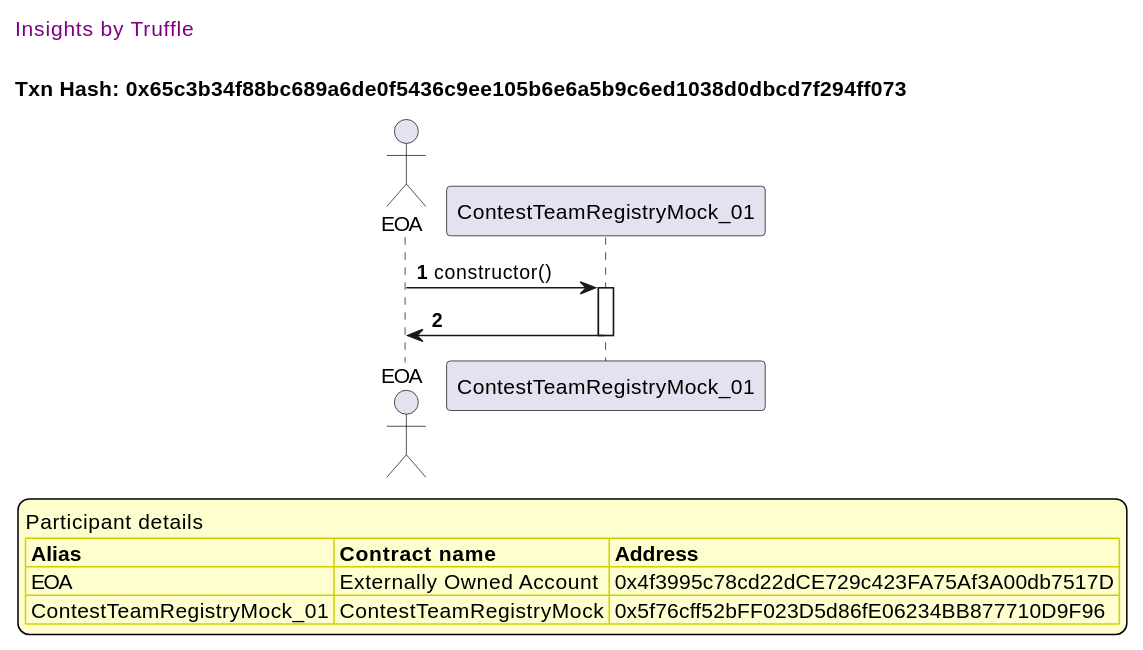
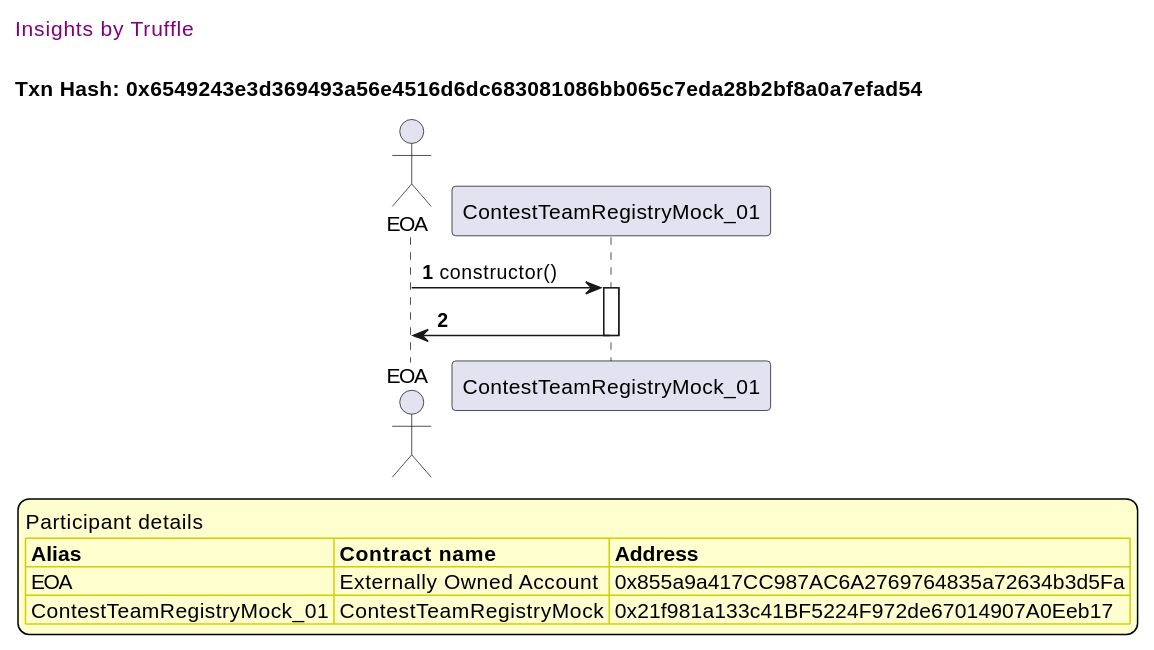
Diagram 12 of 50 in truffle-seq/core_contestteamregistry.md (fodisi/hackapay), drawn with PlantUML before and after one commit. The commit also changed other lines of this file and 10 other files, not shown here.

````diff
--- a/truffle-seq/core_contestteamregistry.md
+++ b/truffle-seq/core_contestteamregistry.md
@@ -542,37 +542,37 @@
 ```plantuml
 
 
 @startuml
 
 autonumber
 skinparam legendBackgroundColor #FEFECE
 
 <style>
       header {
         HorizontalAlignment left
         FontColor purple
         FontSize 14
         Padding 10
       }
     </style>
 
 header Insights by Truffle
 
-title Txn Hash: 0x65c3b34f88bc689a6de0f5436c9ee105b6e6a5b9c6ed1038d0dbcd7f294ff073
+title Txn Hash: 0x6549243e3d369493a56e4516d6dc683081086bb065c7eda28b2bf8a0a7efad54
 
 
 actor EOA as "EOA"
 participant ContestTeamRegistryMock_01 as "ContestTeamRegistryMock_01"
 
 "EOA" -> "ContestTeamRegistryMock_01" ++: constructor()
 "ContestTeamRegistryMock_01" -> "EOA" --: 
 
 legend
 Participant details
 <#FEFECE,#D0D000>|= Alias |= Contract name |= Address |
-<#FEFECE>| EOA | Externally Owned Account | 0x4f3995c78cd22dCE729c423FA75Af3A00db7517D |
-<#FEFECE>| ContestTeamRegistryMock_01 | ContestTeamRegistryMock | 0x5f76cff52bFF023D5d86fE06234BB877710D9F96 |
+<#FEFECE>| EOA | Externally Owned Account | 0x855a9a417CC987AC6A2769764835a72634b3d5Fa |
+<#FEFECE>| ContestTeamRegistryMock_01 | ContestTeamRegistryMock | 0x21f981a133c41BF5224F972de67014907A0Eeb17 |
 endlegend
 
 @enduml
 ```
````
